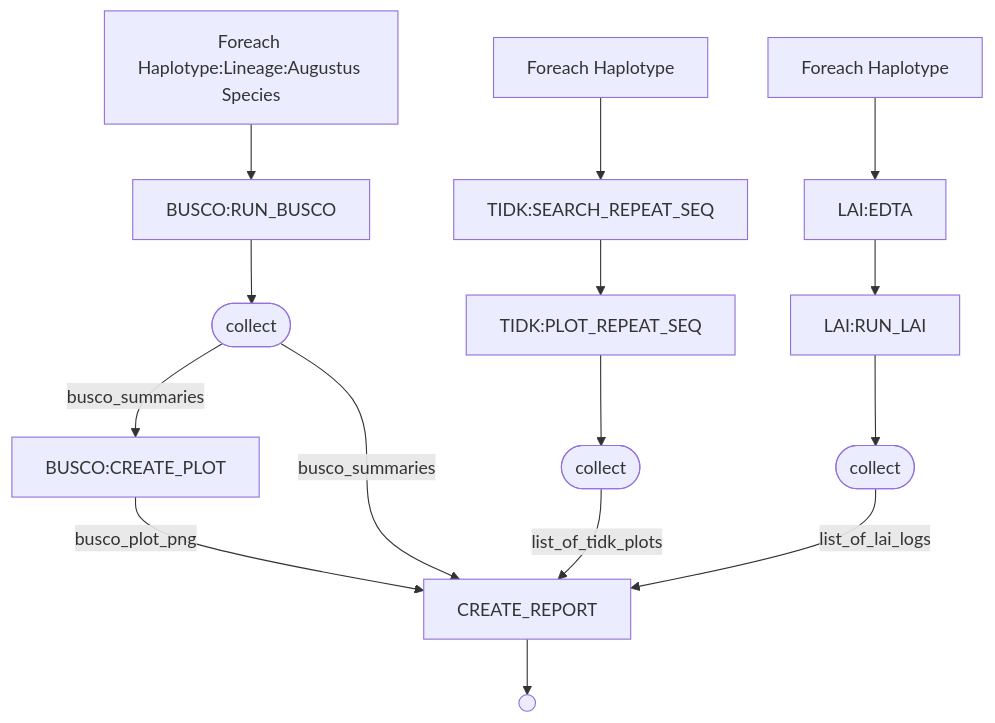
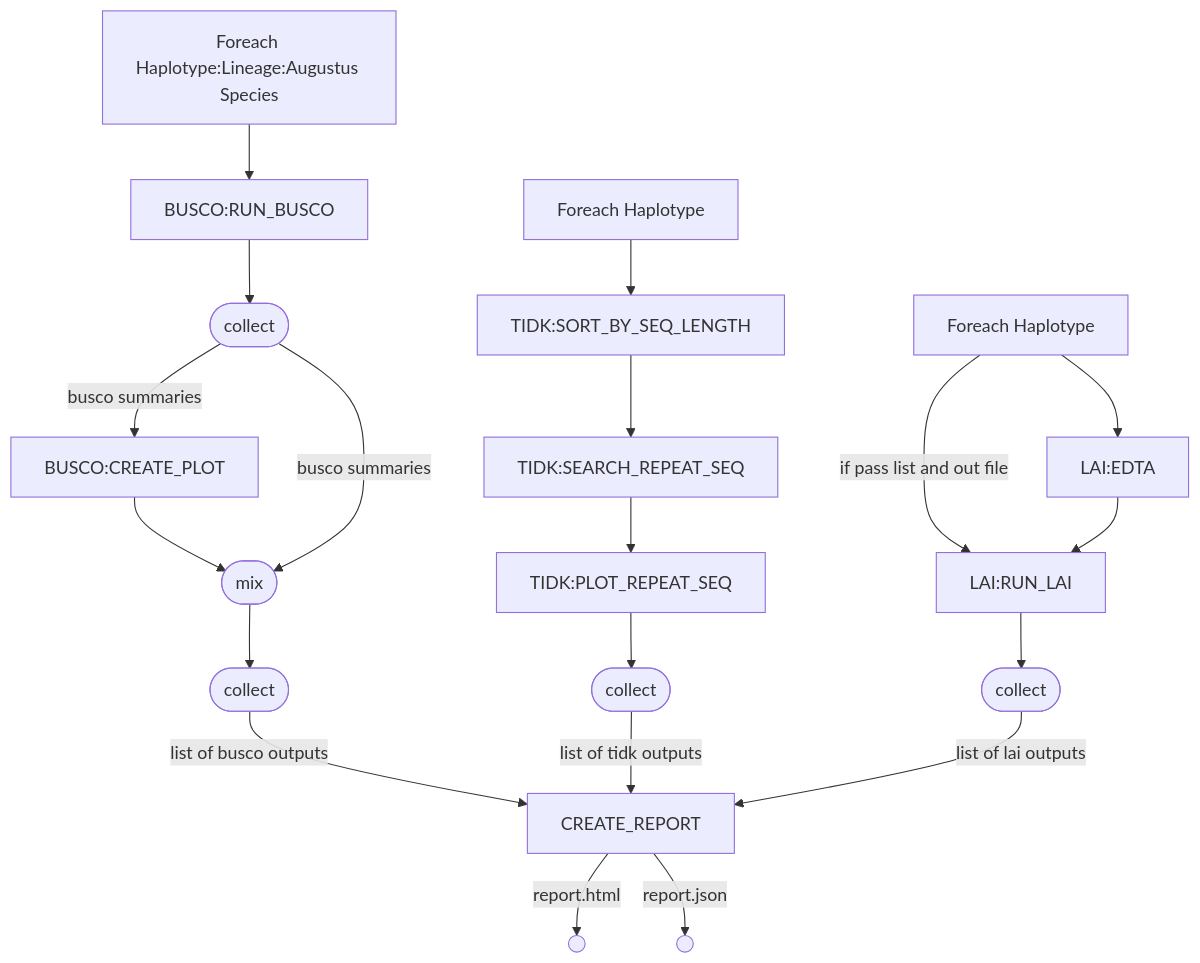
One commit to Plant-Food-Research-Open/assemblyqc changed the diagram in README.md. Above: the diagram before and after it, drawn with Mermaid. The commit also changed other lines of this file and 2 other files, not shown here.

Commit message:
Updated change log and flowchart

````diff
--- a/README.md
+++ b/README.md
@@ -26,31 +25,40 @@
 ```mermaid
 flowchart TD
     p5[Foreach Haplotype:Lineage:Augustus Species]
     p6[BUSCO:RUN_BUSCO]
     p7([collect])
     p8[BUSCO:CREATE_PLOT]
-    p10[Foreach Haplotype]
-    p11[TIDK:SEARCH_REPEAT_SEQ]
-    p12[TIDK:PLOT_REPEAT_SEQ]
-    p13([collect])
-    p15[Foreach Haplotype]
-    p16[LAI:EDTA]
-    p17[CREATE_REPORT]
-    p18(( ))
-    p19[LAI:RUN_LAI]
-    p20([collect])
+    p9([mix])
+    p10([collect])
+    p12[Foreach Haplotype]
+    p13[TIDK:SORT_BY_SEQ_LENGTH]
+    p14[TIDK:SEARCH_REPEAT_SEQ]
+    p15[TIDK:PLOT_REPEAT_SEQ]
+    p16([collect])
+    p24[Foreach Haplotype]
+    p26[LAI:EDTA]
+    p28[LAI:RUN_LAI]
+    p29([collect])
+    p30[CREATE_REPORT]
+    p31(( ))
+    p32(( ))
     p5 --> p6
     p6 --> p7
-    p7 -->|busco_summaries| p8
-    p8 -->|busco_plot_png| p17
-    p10 --> p11
-    p11 --> p12
+    p7 -->|busco summaries| p8
+    p8 --> p9
+    p7 -->|busco summaries| p9
+    p9 --> p10
+    p10 -->|list of busco outputs| p30
     p12 --> p13
-    p13 -->|list_of_tidk_plots| p17
+    p13 --> p14
+    p14 --> p15
     p15 --> p16
-    p7 -->|busco_summaries| p17
-    p17 --> p18
-    p16 --> p19
-    p19 --> p20
-    p20 -->|list_of_lai_logs| p17
+    p16 -->|list of tidk outputs| p30
+    p24 --> p26
+    p24 -->|if pass list and out file| p28
+    p26 --> p28
+    p28 --> p29
+    p29 -->|list of lai outputs| p30
+    p30 -->|report.html| p32
+    p30 -->|report.json| p31
 ```
````
